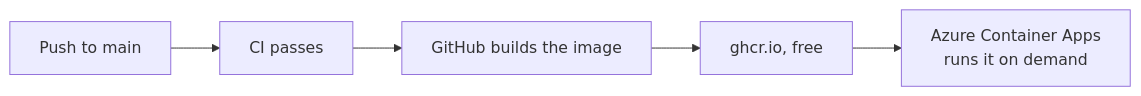
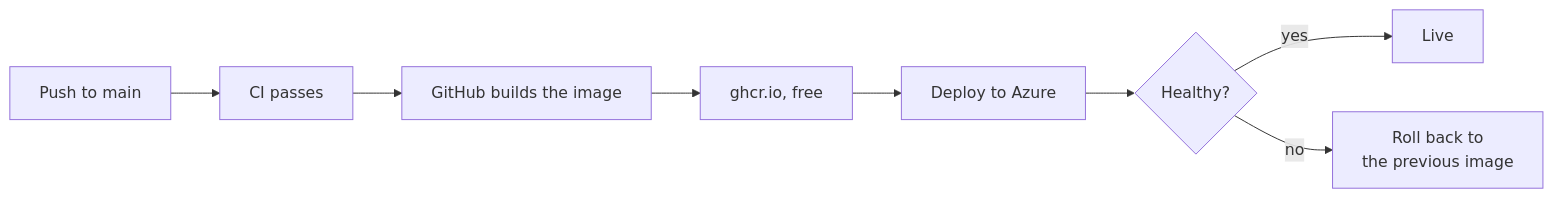
The diagram in docs/deploy-azure.md (Md-Faiz-Alam/verisight), drawn with Mermaid before and after one commit. The commit also changed other lines of this file and 2 other files, not shown here.

Commit message:
ci: deploy to Azure after CI passes, with health check and rollback

````diff
--- a/docs/deploy-azure.md
+++ b/docs/deploy-azure.md
@@ -12,7 +14,10 @@
 ```mermaid
 flowchart LR
     P[Push to main] --> C[CI passes]
     C --> B[GitHub builds the image]
     B --> G[ghcr.io, free]
-    G --> A[Azure Container Apps<br/>runs it on demand]
+    G --> D[Deploy to Azure]
+    D --> H{Healthy?}
+    H -- yes --> L[Live]
+    H -- no --> R[Roll back to<br/>the previous image]
 ```
````
